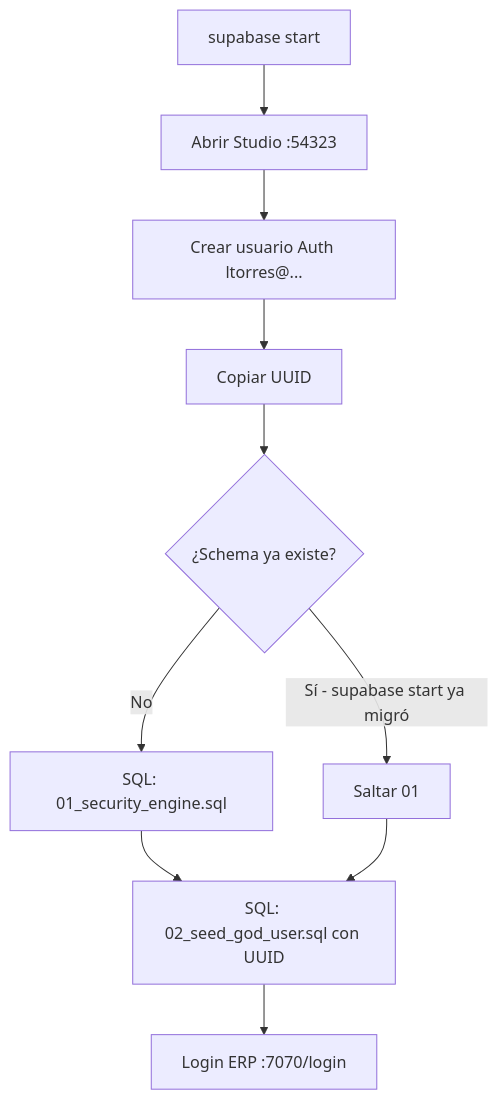
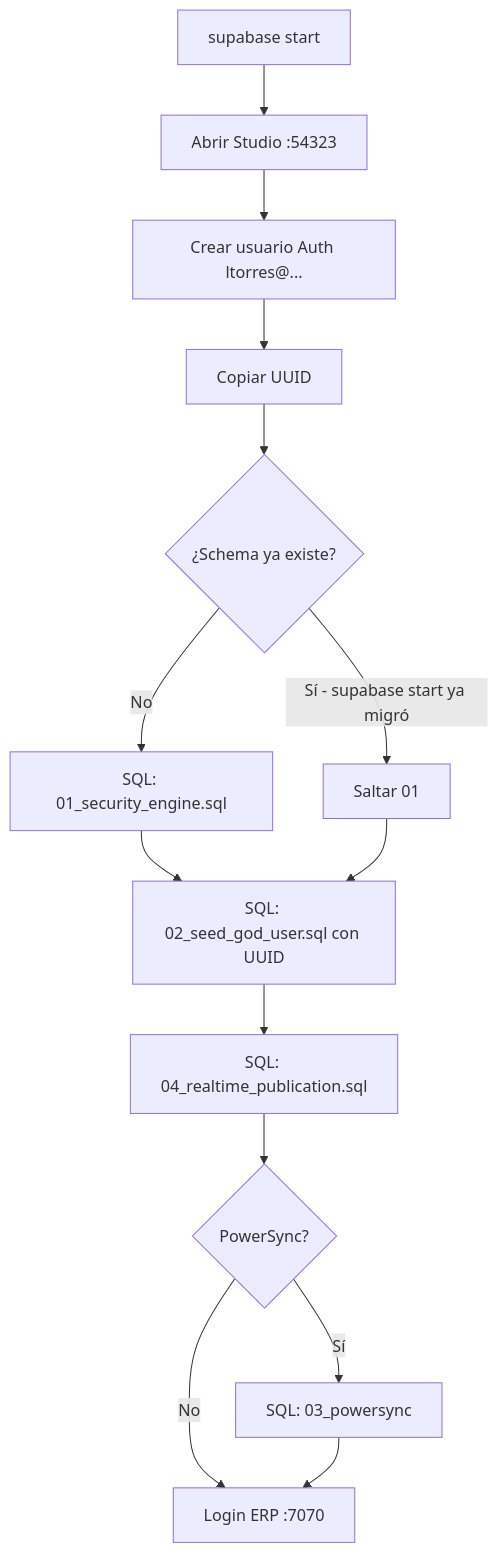
The diagram in docs/proceso-supabase-studio-local.md (PragmataDevs/PragmataDevApp-template), drawn with Mermaid before and after one commit. The commit also changed other lines of this file and 12 other files, not shown here.

````diff
--- a/docs/proceso-supabase-studio-local.md
+++ b/docs/proceso-supabase-studio-local.md
@@ -13,12 +13,16 @@
 ```mermaid
 flowchart TD
   A[supabase start] --> B[Abrir Studio :54323]
   B --> C[Crear usuario Auth ltorres@...]
   C --> D[Copiar UUID]
   D --> E{¿Schema ya existe?}
   E -->|No| F[SQL: 01_security_engine.sql]
   E -->|Sí - supabase start ya migró| G[Saltar 01]
   F --> H[SQL: 02_seed_god_user.sql con UUID]
   G --> H
-  H --> I[Login ERP :7070/login]
+  H --> I[SQL: 04_realtime_publication.sql]
+  I --> J{PowerSync?}
+  J -->|Sí| K[SQL: 03_powersync]
+  J -->|No| L[Login ERP :7070]
+  K --> L
 ```
````
